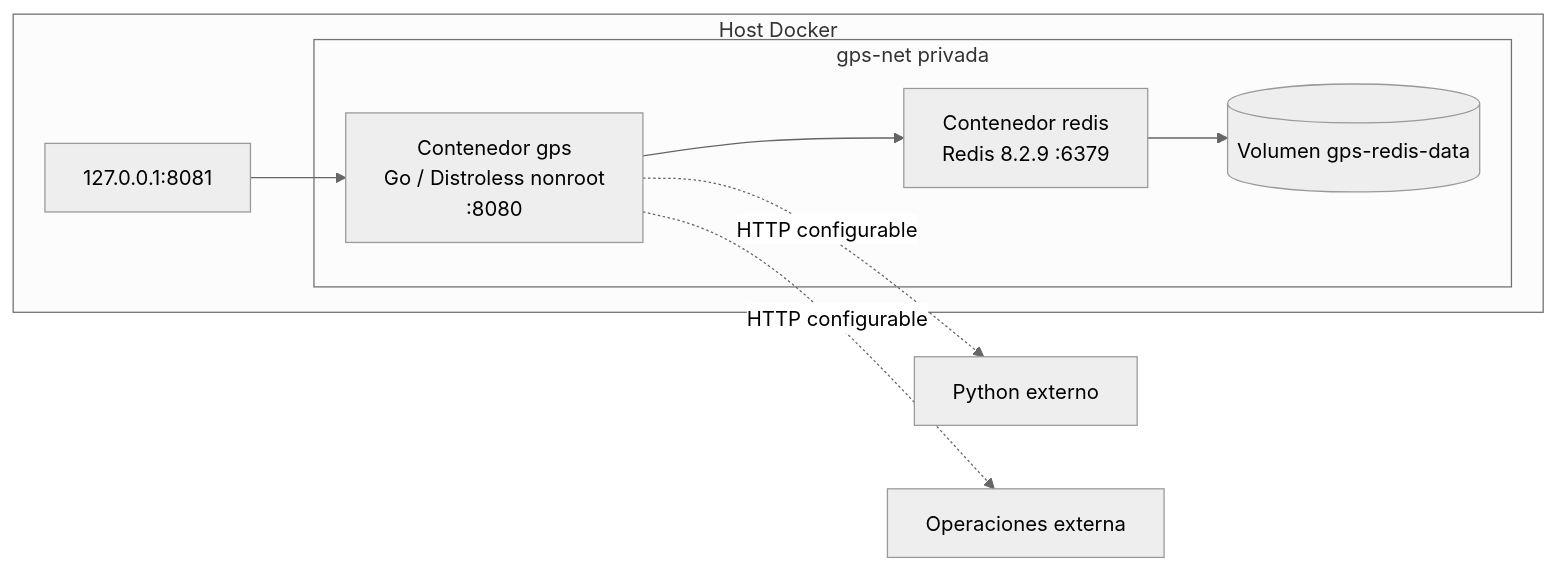
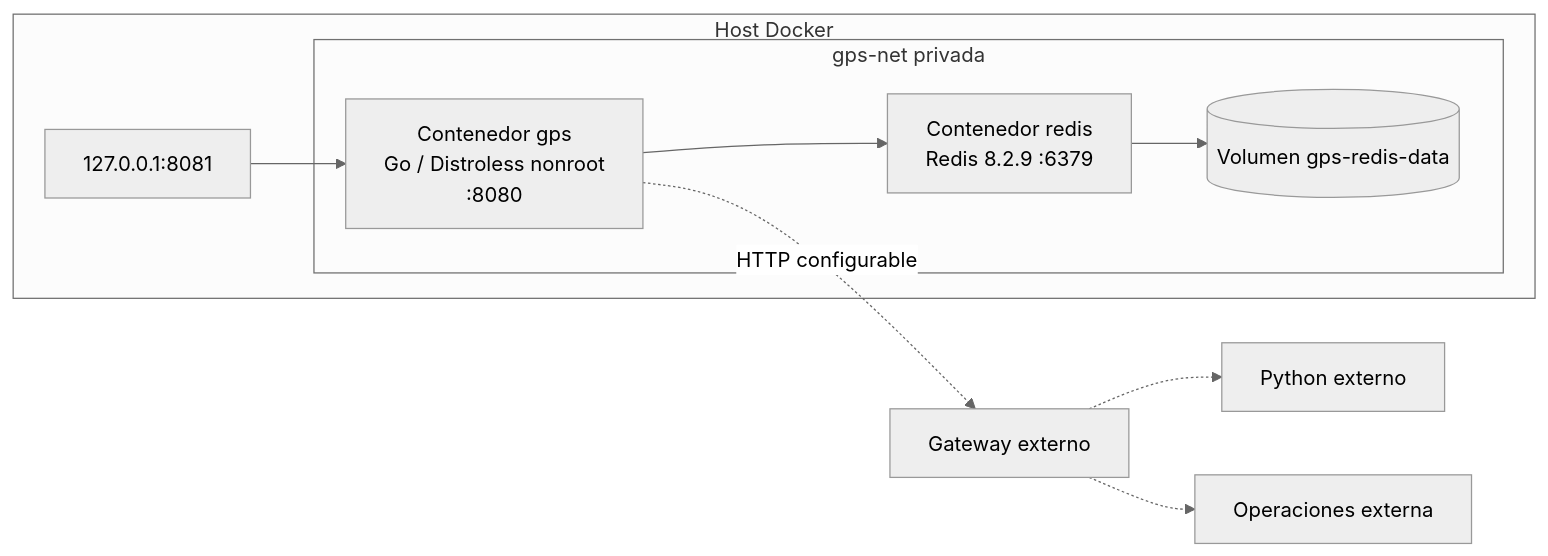
The fourth of 5 diagrams in acb_gps_lo/docs/informe-tecnico-interno.md (jacordobah/geolocaACB), drawn with Mermaid (neutral theme) before and after one commit. The commit also changed other lines of this file and 39 other files, not shown here.

````diff
--- a/acb_gps_lo/docs/informe-tecnico-interno.md
+++ b/acb_gps_lo/docs/informe-tecnico-interno.md
@@ -260,15 +262,16 @@
 ```mermaid
 flowchart LR
   subgraph Host[Host Docker]
     subgraph Net[gps-net privada]
       G[Contenedor gps\nGo / Distroless nonroot\n:8080]
       R[Contenedor redis\nRedis 8.2.9 :6379]
       V[(Volumen gps-redis-data)]
       G --> R
       R --> V
     end
     HP[127.0.0.1:8081] --> G
   end
-  G -. HTTP configurable .-> PY[Python externo]
-  G -. HTTP configurable .-> OP[Operaciones externa]
+  G -. HTTP configurable .-> GW[Gateway externo]
+  GW -.-> PY[Python externo]
+  GW -.-> OP[Operaciones externa]
 ```
````
